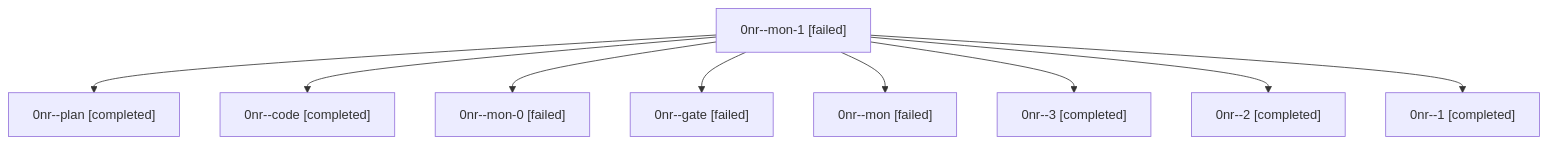
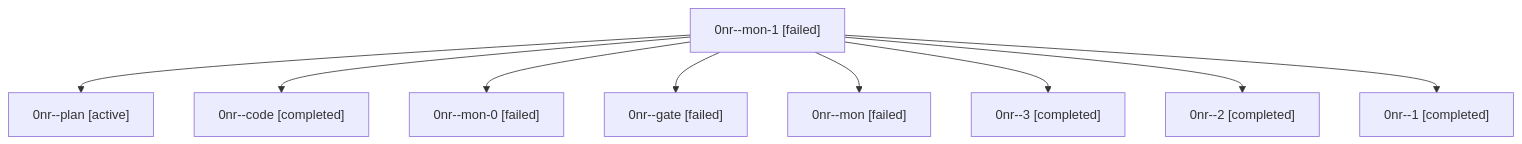
One commit to sase-org/sase--agents changed the diagram in families/bbugyi200.athena.0nr.md. Above: the diagram before and after it, drawn with Mermaid. The commit also changed other lines of this file and 35830 other files, not shown here.

````diff
--- a/families/bbugyi200.athena.0nr.md
+++ b/families/bbugyi200.athena.0nr.md
@@ -9,20 +9,20 @@
 ```mermaid
 flowchart TD
   n0["0nr--mon-1 [failed]"]
-  n1["0nr--plan [completed]"]
+  n1["0nr--plan [active]"]
   n0 --> n1
   n2["0nr--code [completed]"]
   n0 --> n2
   n3["0nr--mon-0 [failed]"]
   n0 --> n3
   n4["0nr--gate [failed]"]
   n0 --> n4
   n5["0nr--mon [failed]"]
   n0 --> n5
   n6["0nr--3 [completed]"]
   n0 --> n6
   n7["0nr--2 [completed]"]
   n0 --> n7
   n8["0nr--1 [completed]"]
   n0 --> n8
 ```
````
